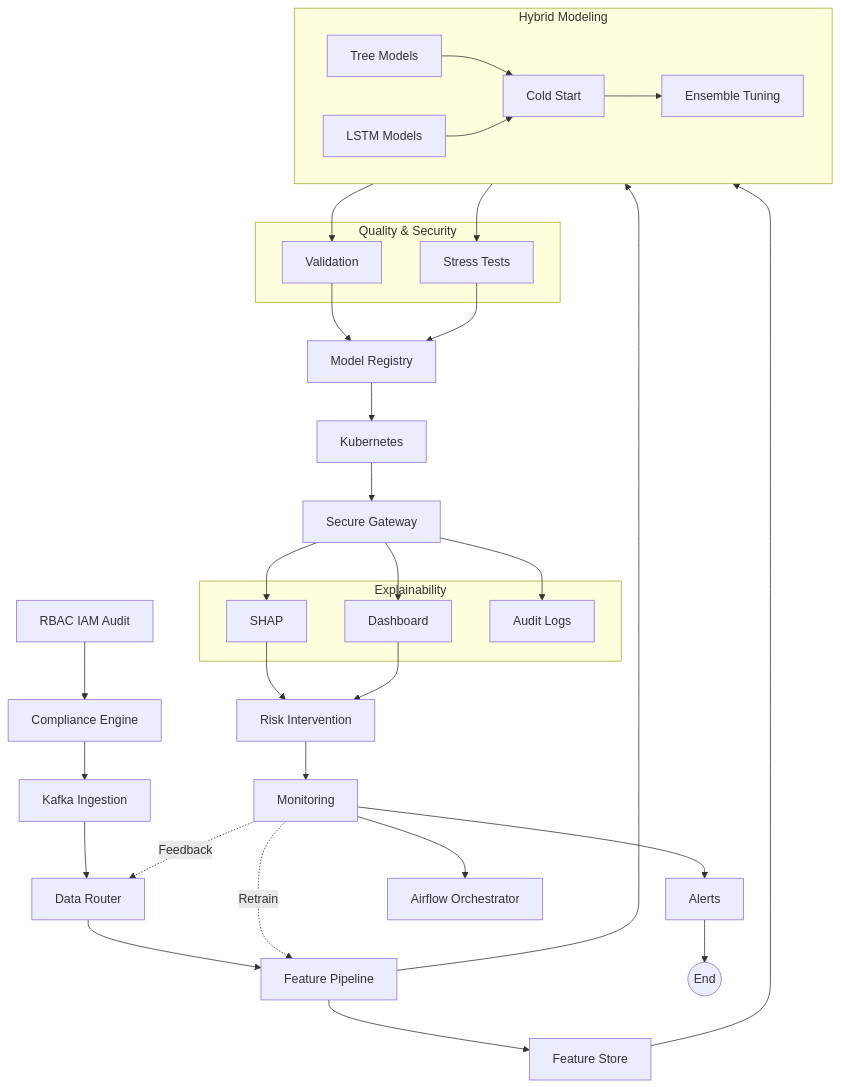
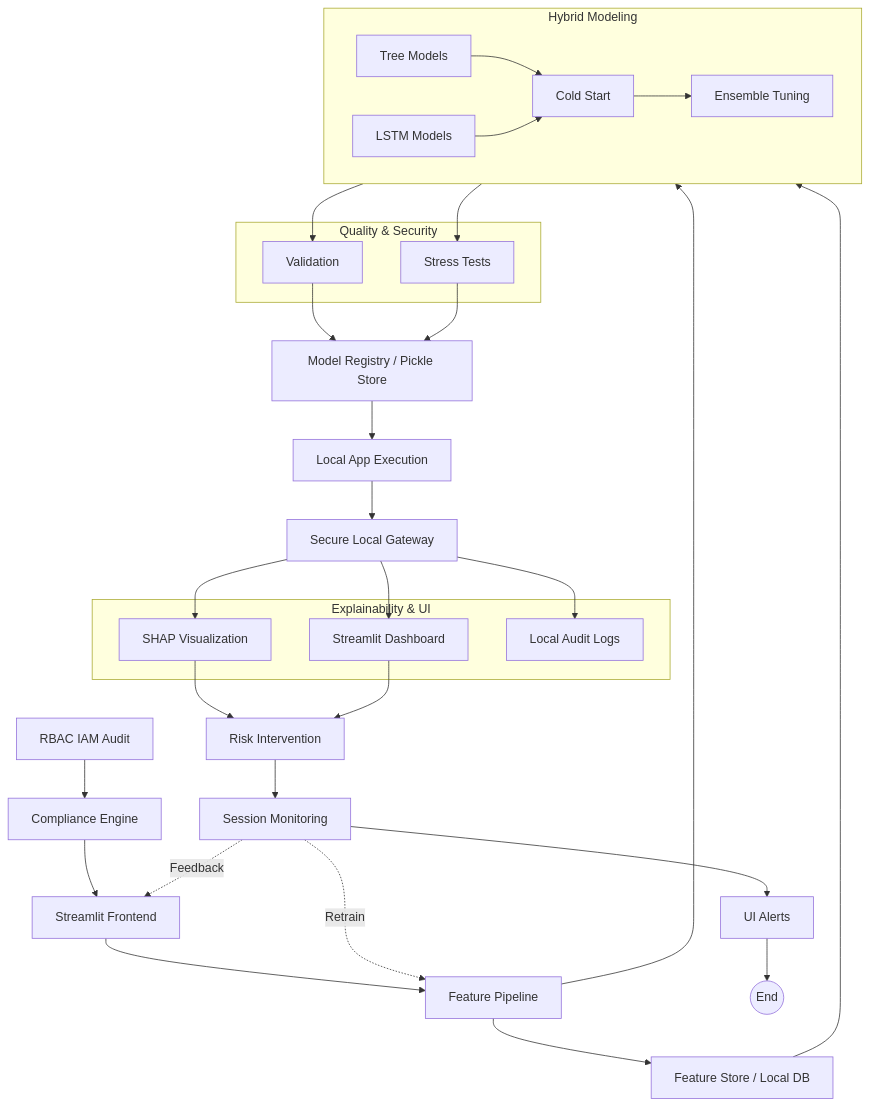
The diagram in README.md (SHREESH-git/Pre-delinquency-engine), drawn with Mermaid before and after one commit.

Commit message:
Update flowchart in README for clarity and details

````diff
--- a/README.md
+++ b/README.md
@@ -59,76 +59,66 @@
 ```mermaid
 flowchart TD
 
     %% ===== TOP CONTROL =====
     A[RBAC IAM Audit] --> B[Compliance Engine]
-    B --> C[Kafka Ingestion]
-    C --> D[Data Router]
+    B --> D[Streamlit Frontend]
 
-    %% ===== FEATURE LAYER =====
+    %% ===== DATA & FEATURE LAYER =====
     D --> E[Feature Pipeline]
-    E --> F[Feature Store]
+    E --> F[Feature Store / Local DB]
 
     %% ===== HYBRID MODELING =====
     subgraph HM[Hybrid Modeling]
-
         direction LR
         G[Tree Models]
         H[LSTM Models]
-
+        
         G --> I[Cold Start]
         H --> I
         I --> J[Ensemble Tuning]
-
     end
 
     F --> G
     E --> H
 
     %% ===== QUALITY & SECURITY =====
     subgraph QS[Quality & Security]
-
         K[Validation]
         L[Stress Tests]
-
     end
 
     J --> K
     J --> L
 
-    K --> M[Model Registry]
+    K --> M[Model Registry / Pickle Store]
     L --> M
 
     %% ===== DEPLOYMENT =====
-    M --> N[Kubernetes]
-    N --> O[Secure Gateway]
+    M --> N[Local App Execution]
+    N --> O[Secure Local Gateway]
 
-    %% ===== EXPLAINABILITY =====
-    subgraph EX[Explainability]
-
-        P[SHAP]
-        Q[Dashboard]
-        R[Audit Logs]
-
+    %% ===== EXPLAINABILITY & FRONTEND UI =====
+    subgraph EX[Explainability & UI]
+        P[SHAP Visualization]
+        Q[Streamlit Dashboard]
+        R[Local Audit Logs]
     end
 
     O --> P
     O --> Q
     O --> R
 
     %% ===== BUSINESS ACTION =====
     P --> S[Risk Intervention]
     Q --> S
 
-    %% ===== MONITORING =====
-    S --> T[Monitoring]
-    T --> U[Alerts]
+    %% ===== MONITORING & FEEDBACK =====
+    S --> T[Session Monitoring]
+    T --> U[UI Alerts]
     U --> V((End))
-
-    %% ===== ORCHESTRATION =====
-    T --> W[Airflow Orchestrator]
 
     %% ===== FEEDBACK LOOPS =====
     T -. Feedback .-> D
     T -. Retrain .-> E
 
 ```
````
